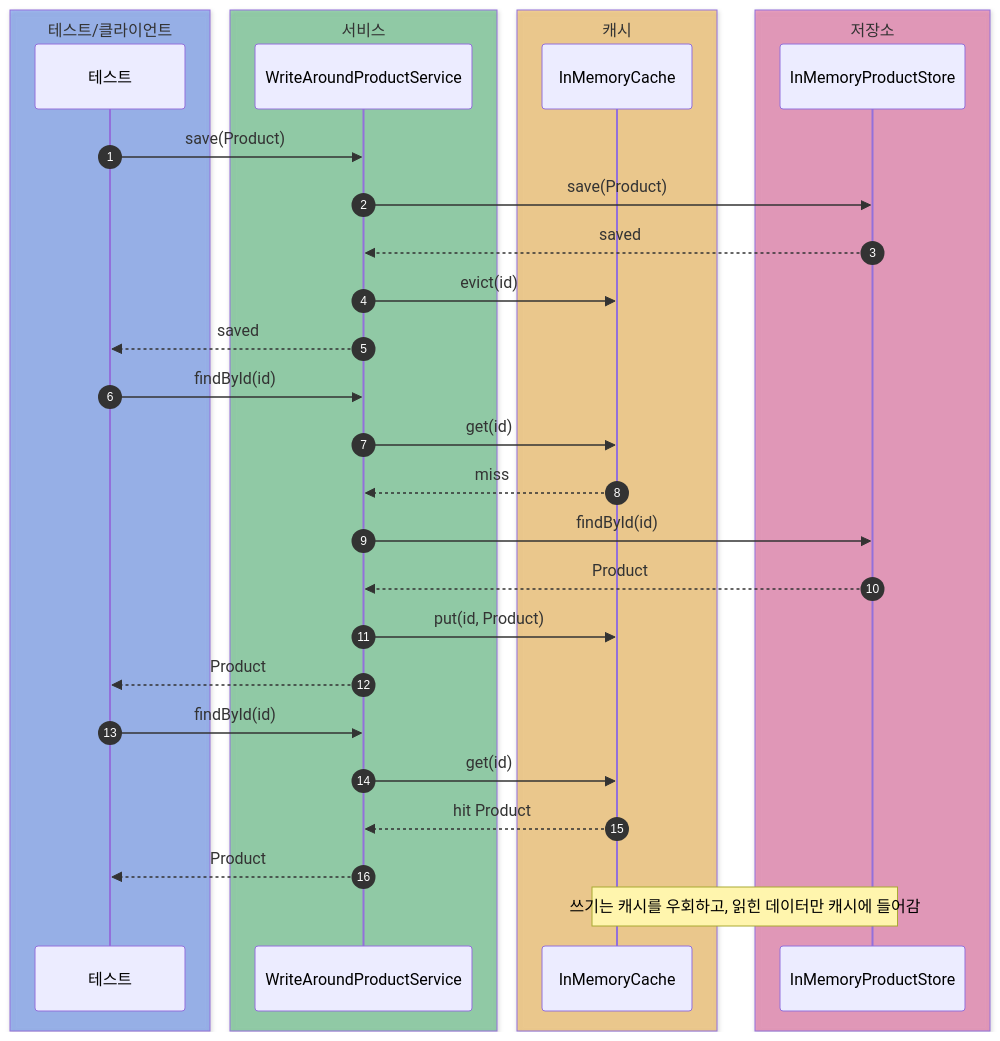
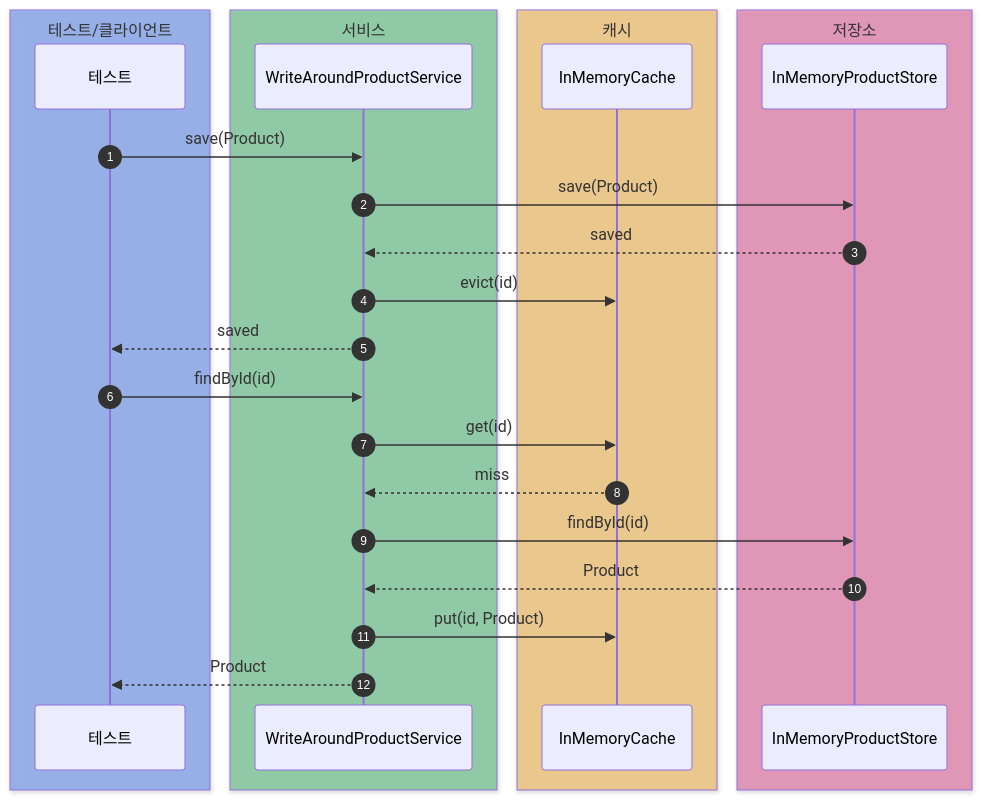
Before and after one commit to HJC96/deep-dive: the fifth of 6 diagrams in labs/cache-patterns/README.md, drawn with Mermaid. The commit also changed other lines of this file and 17 other files, not shown here.

````diff
--- a/labs/cache-patterns/README.md
+++ b/labs/cache-patterns/README.md
@@ -320,37 +378,30 @@
 ```mermaid
 sequenceDiagram
     autonumber
     box rgba(37, 99, 235, 0.40) 테스트/클라이언트
     participant Test as 테스트
     end
     box rgba(22, 163, 74, 0.40) 서비스
     participant Service as WriteAroundProductService
     end
     box rgba(245, 158, 11, 0.40) 캐시
     participant Cache as InMemoryCache
     end
     box rgba(219, 39, 119, 0.40) 저장소
     participant Store as InMemoryProductStore
     end
 
     Test->>Service: save(Product)
     Service->>Store: save(Product)
     Store-->>Service: saved
     Service->>Cache: evict(id)
     Service-->>Test: saved
 
     Test->>Service: findById(id)
     Service->>Cache: get(id)
     Cache-->>Service: miss
     Service->>Store: findById(id)
     Store-->>Service: Product
     Service->>Cache: put(id, Product)
     Service-->>Test: Product
-
-    Test->>Service: findById(id)
-    Service->>Cache: get(id)
-    Cache-->>Service: hit Product
-    Service-->>Test: Product
-
-    Note over Cache,Store: 쓰기는 캐시를 우회하고, 읽힌 데이터만 캐시에 들어감
 ```
````
